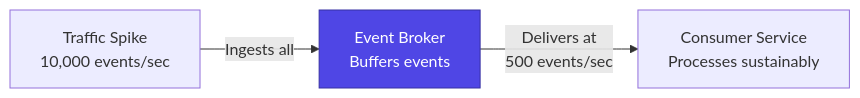
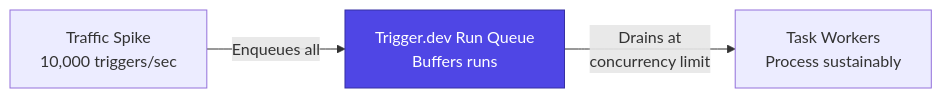
One commit to mad-code333/tuturu changed the diagram in apps/docs/platform/architecture/system-design/extensibility-resilience-scalability.mdx. Above: the diagram before and after it, drawn with Mermaid. The commit also changed other lines of this file and 27 other files, not shown here.

First line of the commit message:
docs: refresh architecture, system-design, and api-reference pages

````diff
--- a/apps/docs/platform/architecture/system-design/extensibility-resilience-scalability.mdx
+++ b/apps/docs/platform/architecture/system-design/extensibility-resilience-scalability.mdx
@@ -588,7 +565,7 @@
 ```mermaid
 graph LR
-    A[Traffic Spike<br/>10,000 events/sec] -->|Ingests all| B[Event Broker<br/>Buffers events]
-    B -->|Delivers at<br/>500 events/sec| C[Consumer Service<br/>Processes sustainably]
+    A[Traffic Spike<br/>10,000 triggers/sec] -->|Enqueues all| B[Trigger.dev Run Queue<br/>Buffers runs]
+    B -->|Drains at<br/>concurrency limit| C[Task Workers<br/>Process sustainably]
 
     style B fill:#4f46e5,stroke:#3730a3,color:#fff
 ```
````
